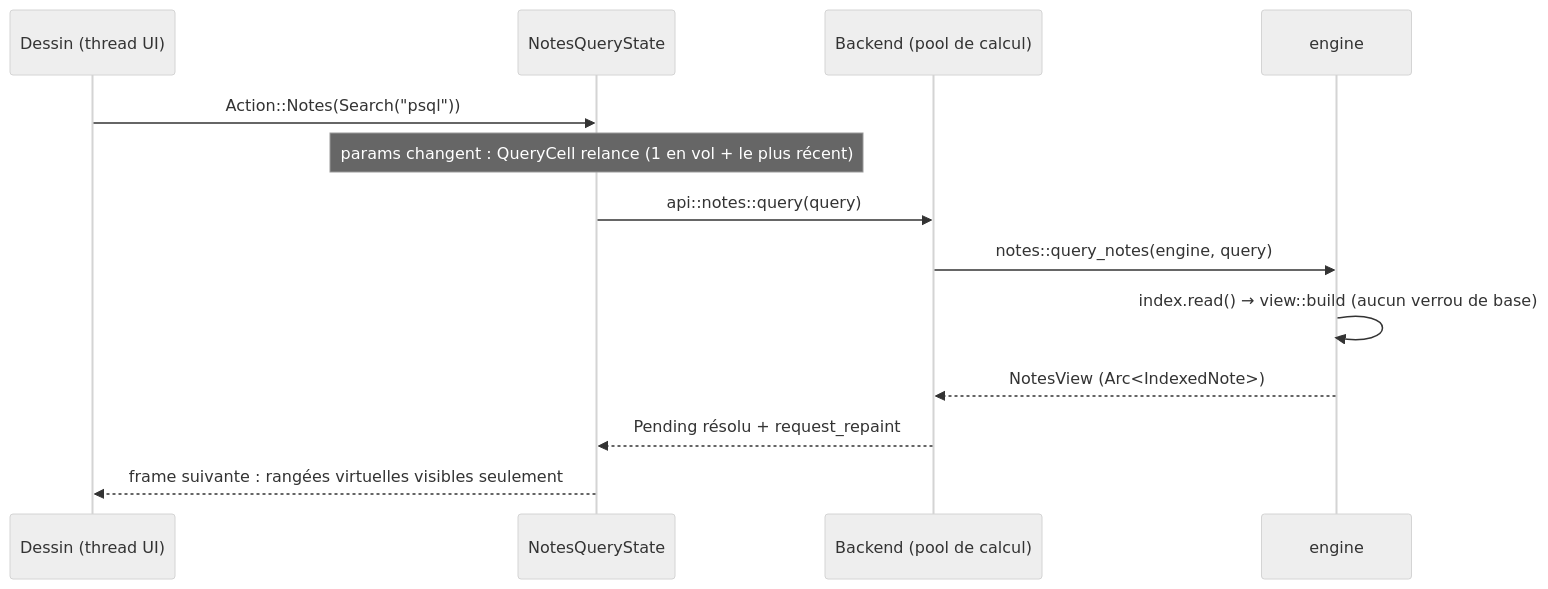
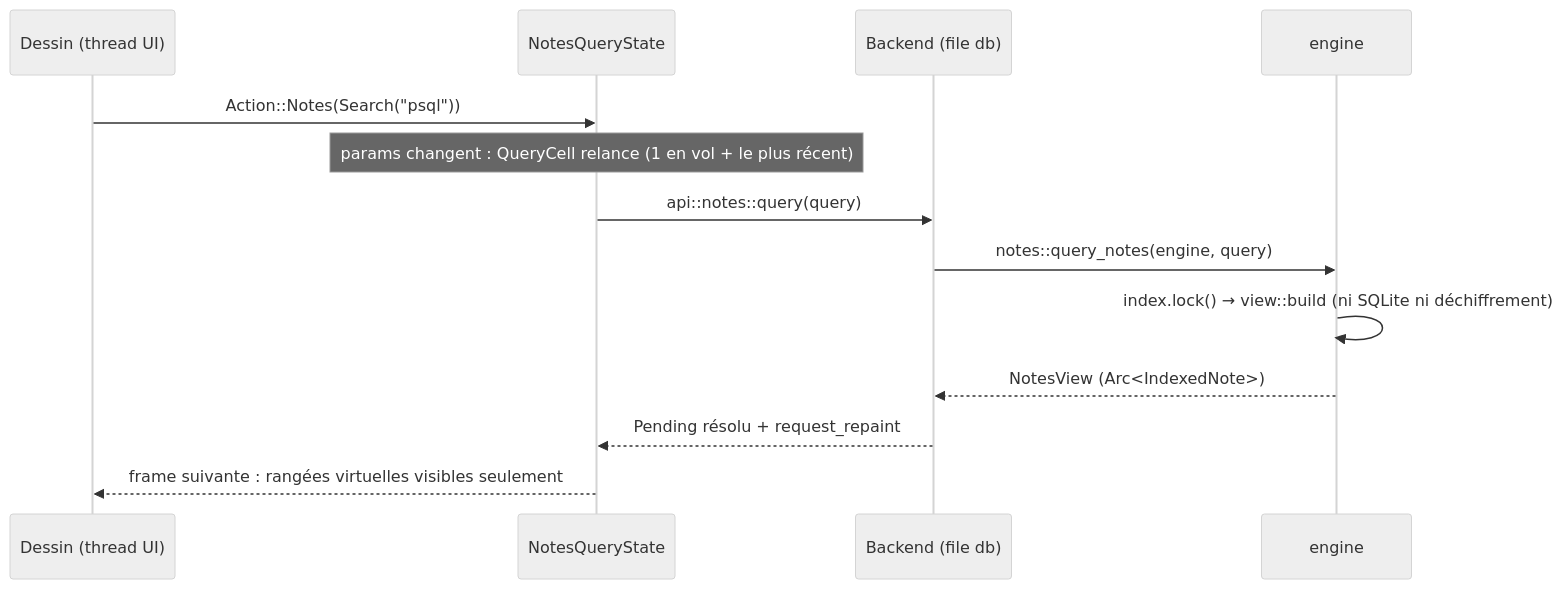
Before and after one commit to vmillet-dev/devnotes-rs: the third of 7 diagrams in docs/egui-migration-plan.md, drawn with Mermaid (neutral theme). The commit also changed other lines of this file and 1 other file, not shown here.

First line of the commit message:
Architecture: one ordered database queue, HTTP in three steps

````diff
--- a/docs/egui-migration-plan.md
+++ b/docs/egui-migration-plan.md
@@ -619,15 +686,15 @@
 ```mermaid
 sequenceDiagram
   participant D as Dessin (thread UI)
   participant S as NotesQueryState
-  participant B as Backend (pool de calcul)
+  participant B as Backend (file db)
   participant C as engine
   D->>S: Action::Notes(Search("psql"))
   Note over S: params changent : QueryCell relance (1 en vol + le plus récent)
   S->>B: api::notes::query(query)
   B->>C: notes::query_notes(engine, query)
-  C->>C: index.read() → view::build (aucun verrou de base)
+  C->>C: index.lock() → view::build (ni SQLite ni déchiffrement)
   C-->>B: NotesView (Arc#lt;IndexedNote#gt;)
   B-->>S: Pending résolu + request_repaint
   S-->>D: frame suivante : rangées virtuelles visibles seulement
 ```
````
